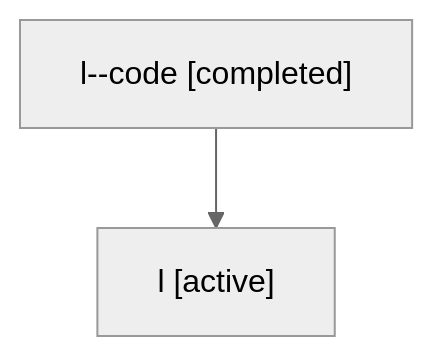
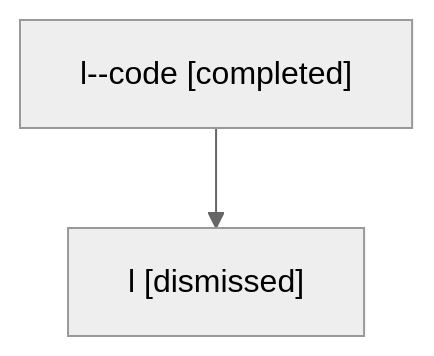
Before and after one commit to sase-org/sase--agents: the diagram in sessions/bbugyi200.athena.l.md, drawn with Mermaid (neutral theme). The commit also changed other lines of this file and 50 other files, not shown here.

````diff
--- a/sessions/bbugyi200.athena.l.md
+++ b/sessions/bbugyi200.athena.l.md
@@ -9,6 +9,6 @@
 ```mermaid
 flowchart TD
   n0["l--code [completed]"]
-  n1["l [active]"]
+  n1["l [dismissed]"]
   n0 --> n1
 ```
````
